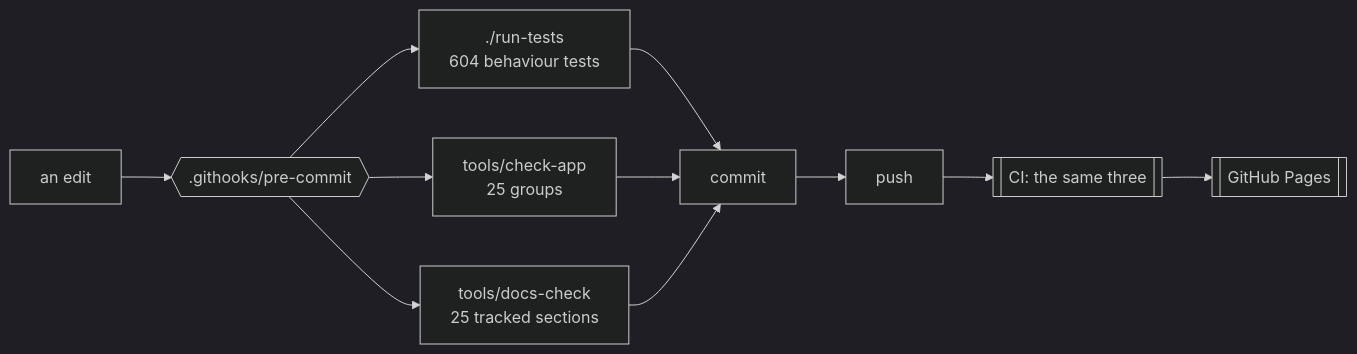
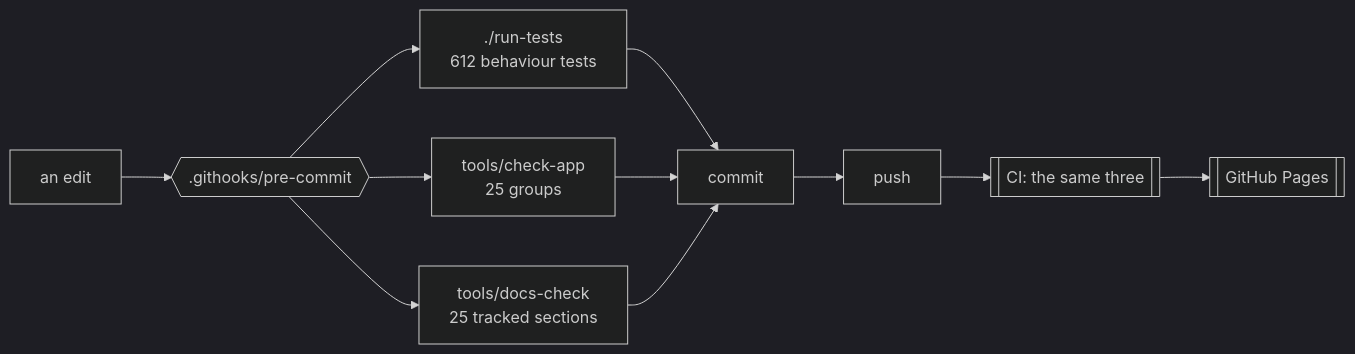
Before and after one commit to minormending/crystal-pilot-mobile: the first of 2 diagrams in docs/DEVELOPING.md, drawn with Mermaid (dark theme). The commit also changed other lines of this file and 1 other file, not shown here.

````diff
--- a/docs/DEVELOPING.md
+++ b/docs/DEVELOPING.md
@@ -15,12 +15,12 @@
 ```mermaid
 flowchart LR
     E[an edit] --> H{{".githooks/pre-commit"}}
-    H --> T["./run-tests<br/>604 behaviour tests"]
+    H --> T["./run-tests<br/>612 behaviour tests"]
     H --> C["tools/check-app<br/>25 groups"]
     H --> D["tools/docs-check<br/>25 tracked sections"]
     T --> OK[commit]
     C --> OK
     D --> OK
     OK --> P[push] --> CI[["CI: the same three"]]
     CI --> PG[[GitHub Pages]]
 ```
````
